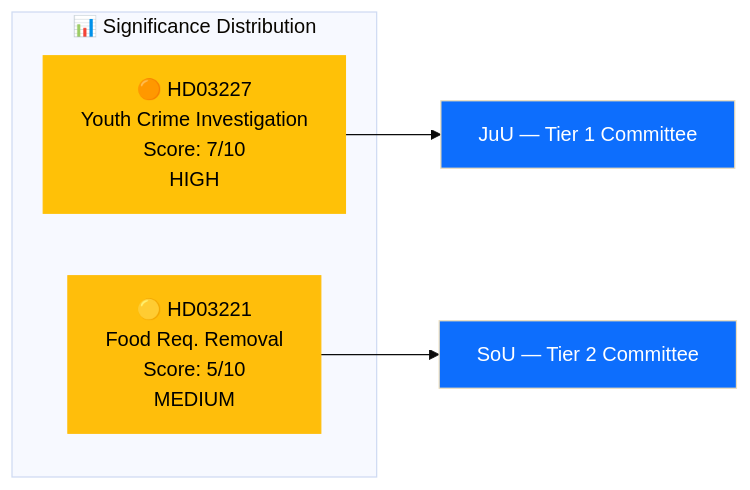
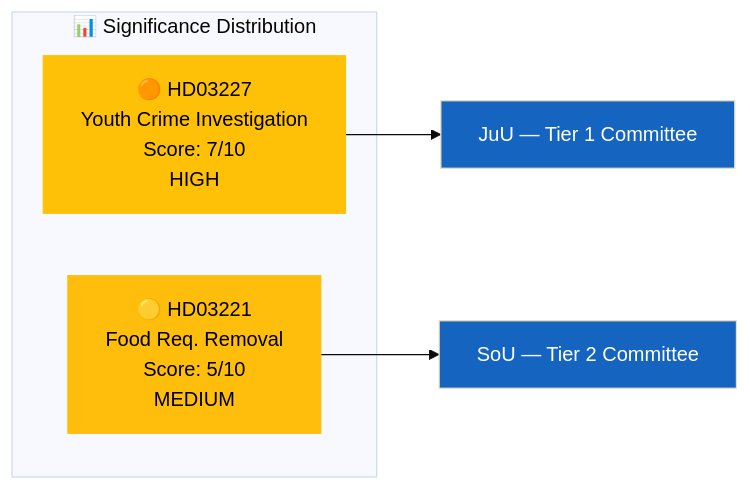
The diagram in analysis/daily/2026-03-26/propositions/significance-scoring.md (Hack23/riksdagsmonitor), drawn with Mermaid (base theme) before and after one commit. The commit also changed 785 other files, not shown here.

First line of the commit message:
Normalize mermaid colors across 786 analysis artifacts to ISMS Style Guide palette

````diff
--- a/analysis/daily/2026-03-26/propositions/significance-scoring.md
+++ b/analysis/daily/2026-03-26/propositions/significance-scoring.md
@@ -14,15 +14,15 @@
 ```mermaid
 graph LR
     subgraph "📊 Significance Distribution"
         HD03227["🟠 HD03227<br/>Youth Crime Investigation<br/>Score: 7/10<br/>HIGH"]
         HD03221["🟡 HD03221<br/>Food Req. Removal<br/>Score: 5/10<br/>MEDIUM"]
     end
     
     HD03227 --> JuU["JuU — Tier 1 Committee"]
     HD03221 --> SoU["SoU — Tier 2 Committee"]
     
-    style HD03227 fill:#ffc107,color:#000,stroke:#ffc107
-    style HD03221 fill:#ffbe0b,color:#000,stroke:#ffbe0b
-    style JuU fill:#0d6efd,color:#fff
-    style SoU fill:#0d6efd,color:#fff
+    style HD03227 fill:#FFC107,color:#000000,stroke:#FFC107
+    style HD03221 fill:#ffbe0b,color:#000000,stroke:#ffbe0b
+    style JuU fill:#1565C0,color:#FFFFFF
+    style SoU fill:#1565C0,color:#FFFFFF
 ```
````
